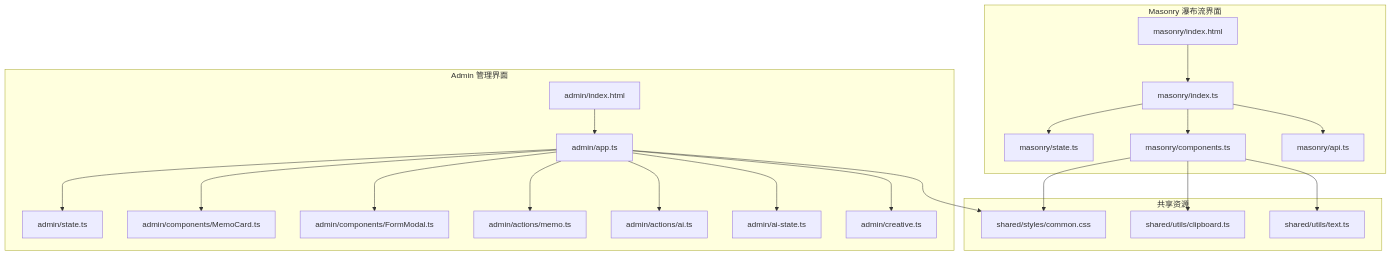
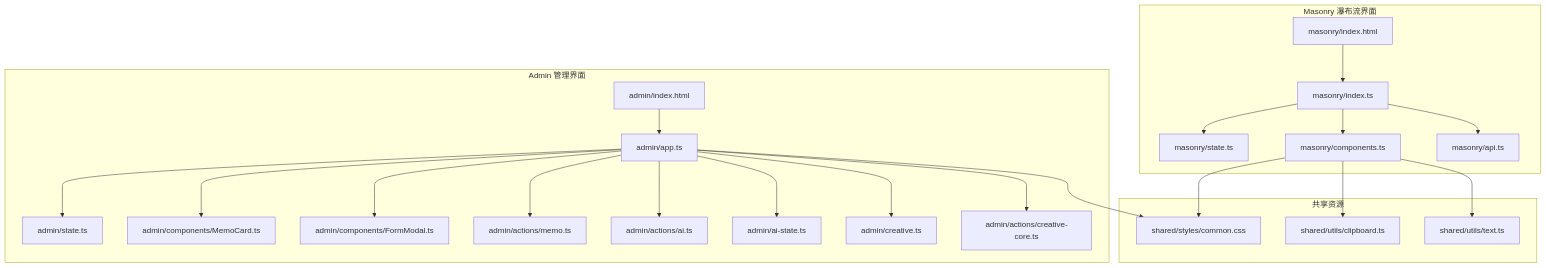
One commit to BlackBoxRecorder/memos changed the first of 8 diagrams in .qoder/repowiki/zh/content/前端应用/前端应用.md. Above: the diagram before and after it, drawn with Mermaid. The commit also changed other lines of this file and 3 other files, not shown here.

````diff
--- a/.qoder/repowiki/zh/content/前端应用/前端应用.md
+++ b/.qoder/repowiki/zh/content/前端应用/前端应用.md
@@ -50,42 +51,44 @@
 ```mermaid
 graph TB
 subgraph "Admin 管理界面"
 A_Index["admin/index.html"]
 A_App["admin/app.ts"]
 A_State["admin/state.ts"]
 A_MemoCard["admin/components/MemoCard.ts"]
 A_FormModal["admin/components/FormModal.ts"]
 A_ActionsMemo["admin/actions/memo.ts"]
 A_ActionsAI["admin/actions/ai.ts"]
 A_AIState["admin/ai-state.ts"]
 A_Creative["admin/creative.ts"]
+A_CreativeCore["admin/actions/creative-core.ts"]
 end
 subgraph "Masonry 瀑布流界面"
 M_Index["masonry/index.html"]
 M_Entry["masonry/index.ts"]
 M_State["masonry/state.ts"]
 M_Components["masonry/components.ts"]
 M_API["masonry/api.ts"]
 end
 subgraph "共享资源"
 S_CommonCSS["shared/styles/common.css"]
 S_Clipboard["shared/utils/clipboard.ts"]
 S_Text["shared/utils/text.ts"]
 end
 A_App --> A_State
 A_App --> A_MemoCard
 A_App --> A_FormModal
 A_App --> A_ActionsMemo
 A_App --> A_ActionsAI
 A_App --> A_AIState
 A_App --> A_Creative
+A_App --> A_CreativeCore
 M_Entry --> M_State
 M_Entry --> M_Components
 M_Entry --> M_API
 A_Index --> A_App
 M_Index --> M_Entry
 A_App --> S_CommonCSS
 M_Components --> S_CommonCSS
 M_Components --> S_Clipboard
 M_Components --> S_Text
 ```
````
